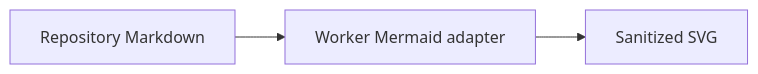
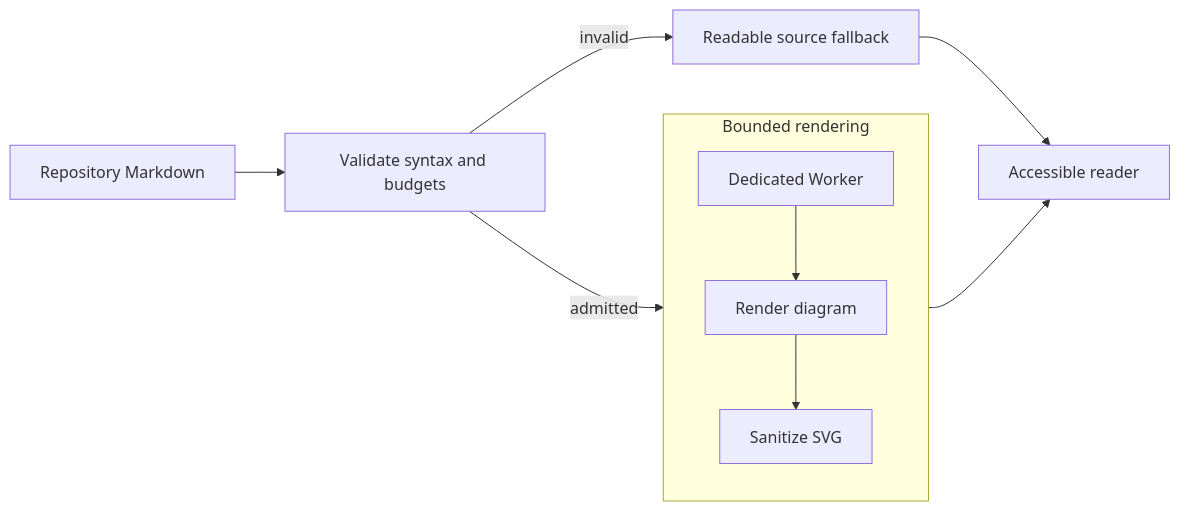
The first of 2 diagrams in examples/software-product-rd-workspace/validation/markdown-rendering-showcase.md (choral-io/choral-forma), drawn with Mermaid before and after one commit. The commit also changed other lines of this file and 1 other file, not shown here.

Commit message:
fix: refine Mermaid showcase presentation

````diff
--- a/examples/software-product-rd-workspace/validation/markdown-rendering-showcase.md
+++ b/examples/software-product-rd-workspace/validation/markdown-rendering-showcase.md
@@ -116,5 +118,13 @@
 ```mermaid
 flowchart LR
-  Source[Repository Markdown] --> Diagram[Worker Mermaid adapter]
-  Diagram --> Output[Sanitized SVG]
+  Source[Repository Markdown] --> Validate[Validate syntax and budgets]
+  Validate -->|admitted| Worker[Dedicated Worker]
+  Validate -->|invalid| Fallback[Readable source fallback]
+  subgraph Safe[Bounded rendering]
+    direction TB
+    Worker --> Render[Render diagram]
+    Render --> Sanitize[Sanitize SVG]
+  end
+  Sanitize --> Reader[Accessible reader]
+  Fallback --> Reader
 ```
````
